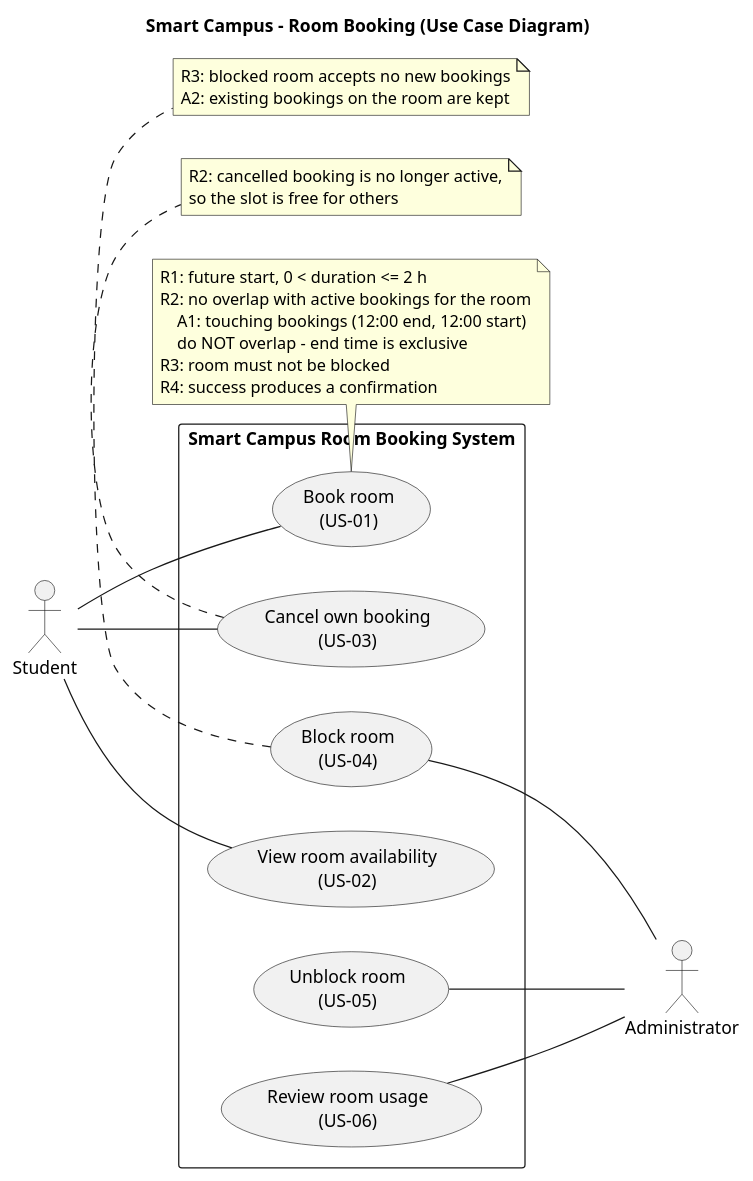
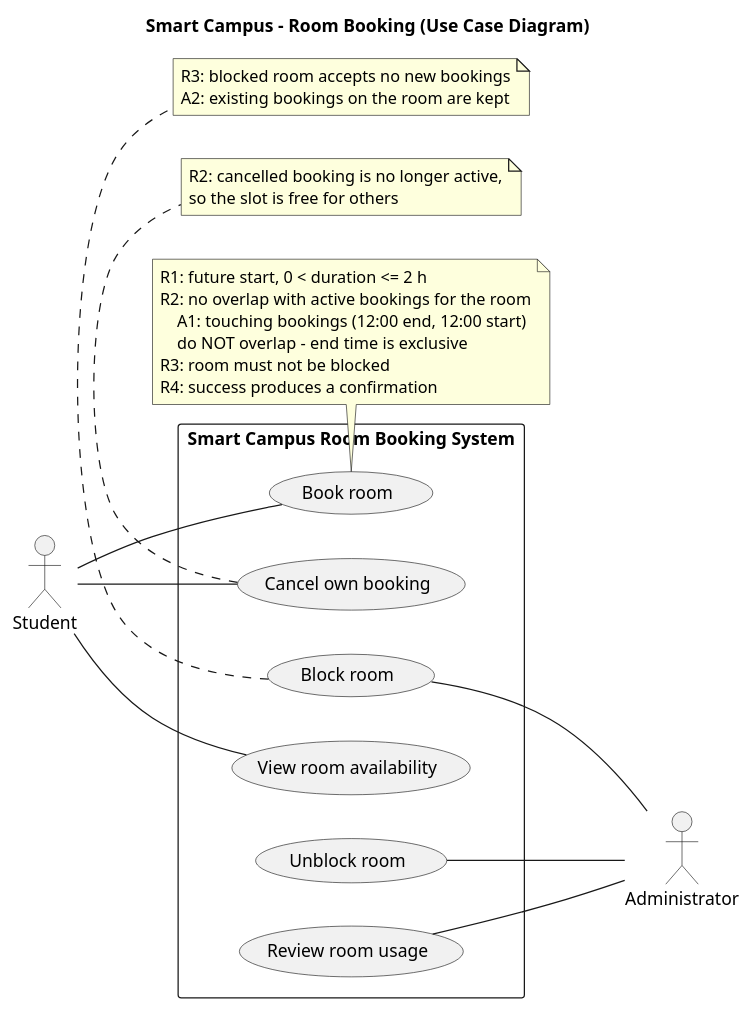
The diagram in week-04/models/use-case.puml (Anzaraa/se-practice), drawn with PlantUML before and after one commit. The commit also changed 1 other file, not shown here.

```diff
--- a/week-04/models/use-case.puml
+++ b/week-04/models/use-case.puml
@@ -1,47 +1,47 @@
 @startuml use-case-diagram
 title Smart Campus - Room Booking (Use Case Diagram)
 left to right direction
 skinparam packageStyle rectangle
 
 actor Student
 actor Administrator
 
 rectangle "Smart Campus Room Booking System" {
-  usecase "View room availability\n(US-02)" as UC_View
-  usecase "Book room\n(US-01)" as UC_Book
-  usecase "Cancel own booking\n(US-03)" as UC_Cancel
-  usecase "Block room\n(US-04)" as UC_Block
-  usecase "Unblock room\n(US-05)" as UC_Unblock
-  usecase "Review room usage\n(US-06)" as UC_Review
+    usecase "View room availability" as UC_View
+  usecase "Book room" as UC_Book
+  usecase "Cancel own booking" as UC_Cancel
+  usecase "Block room" as UC_Block
+  usecase "Unblock room" as UC_Unblock
+  usecase "Review room usage" as UC_Review
 }
 
 ' Student goals
 Student -- UC_View
 Student -- UC_Book
 Student -- UC_Cancel
 
 ' Administrator goals
 UC_Block -- Administrator
 UC_Unblock -- Administrator
 UC_Review -- Administrator
 
 note bottom of UC_Book
   R1: future start, 0 < duration <= 2 h
   R2: no overlap with active bookings for the room
       A1: touching bookings (12:00 end, 12:00 start)
       do NOT overlap - end time is exclusive
   R3: room must not be blocked
   R4: success produces a confirmation
 end note
 
 note bottom of UC_Cancel
   R2: cancelled booking is no longer active,
   so the slot is free for others
 end note
 
 note bottom of UC_Block
   R3: blocked room accepts no new bookings
   A2: existing bookings on the room are kept
 end note
 
 @enduml
```
